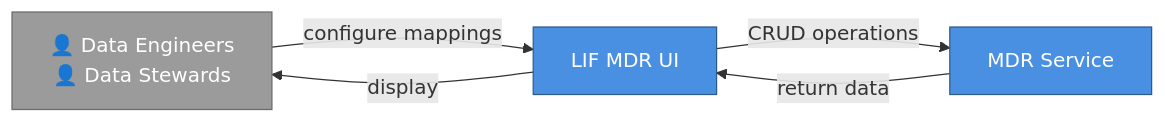
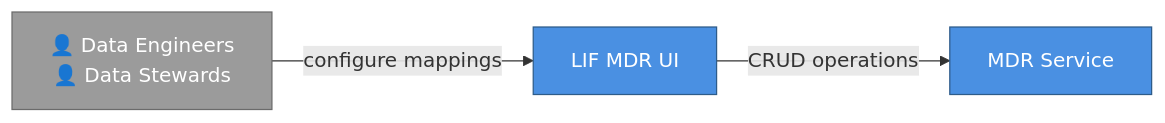
Before and after one commit to LIF-Initiative/lif-core: the sixth of 16 diagrams in docs/lif_services_overview.md, drawn with Mermaid. The commit also changed other lines of this file, not shown here.

Commit message:
docs: update more diagrams

````diff
--- a/docs/lif_services_overview.md
+++ b/docs/lif_services_overview.md
@@ -259,17 +258,15 @@
 ```mermaid
 graph LR
     Users[👤 Data Engineers<br/> 👤 Data Stewards]
     MDRUI[LIF MDR UI]
     MDR[MDR Service]
     
     Users -->|configure mappings| MDRUI
     MDRUI -->|CRUD operations| MDR
-    MDR -->|return data| MDRUI
-    MDRUI -->|display| Users
     
     classDef coreStyle fill:#4A90E2,stroke:#2E5C8A,color:#fff
     classDef extStyle fill:#9B9B9B,stroke:#6B6B6B,color:#fff
     
     class MDRUI,MDR coreStyle
     class Users extStyle
 ```
````
